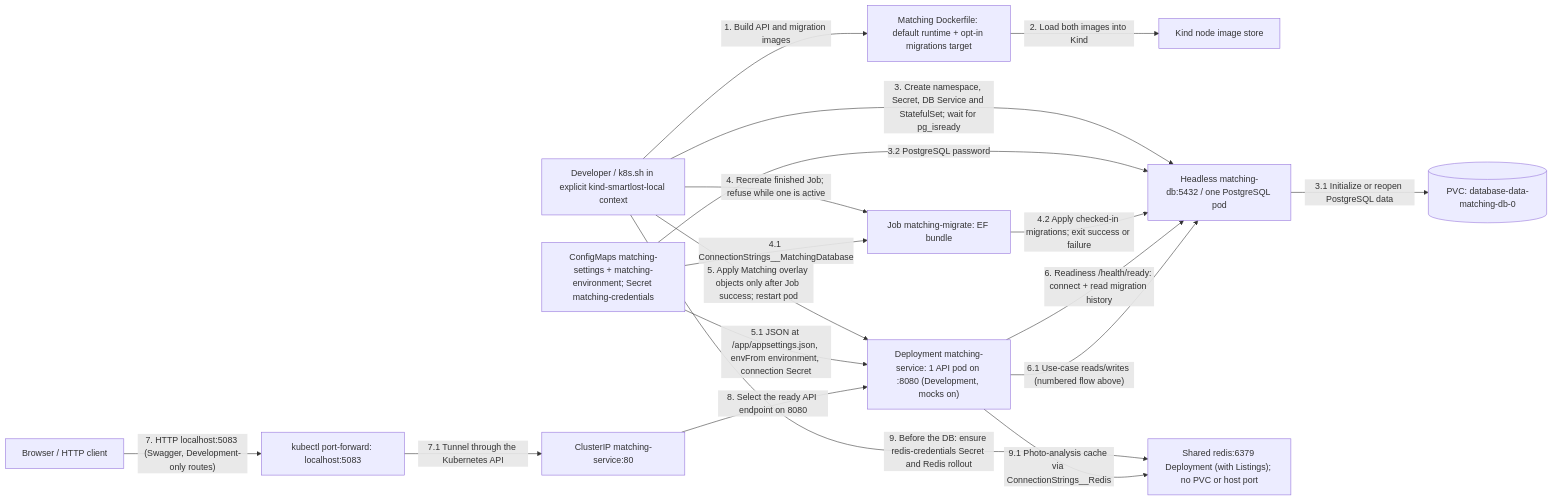
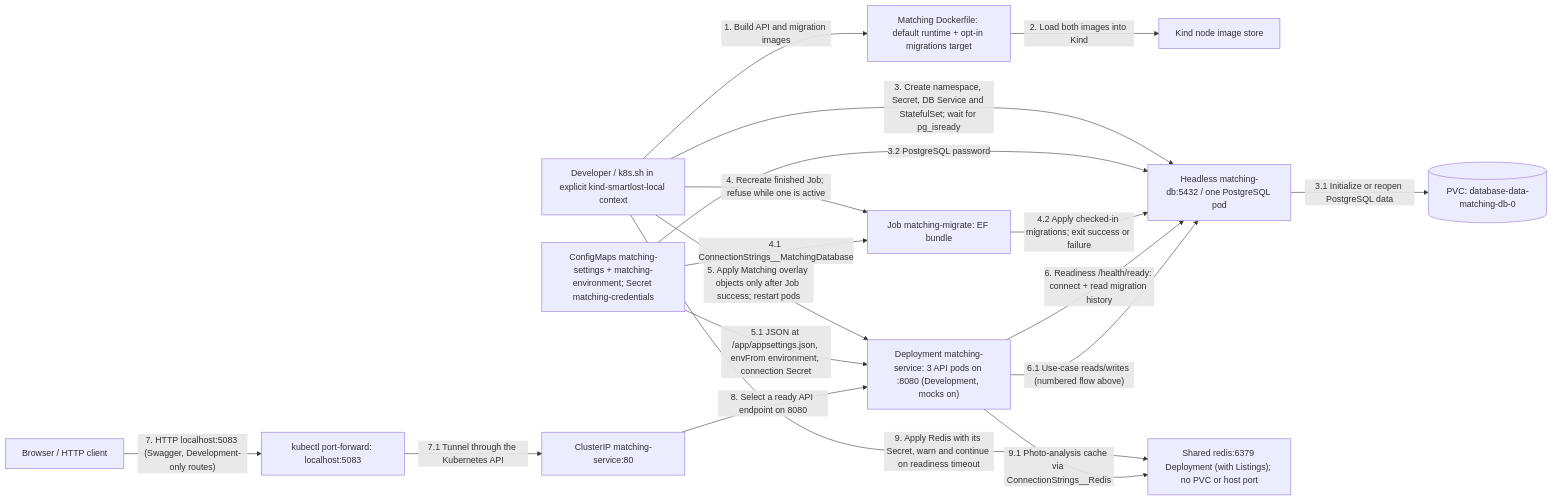
The second of 3 diagrams in src/Services/Matching/COMMUNICATION.md (bogdan-spilevoi/ASET-master-year-1), drawn with Mermaid before and after one commit. The commit also changed other lines of this file and 7 other files, not shown here.

First line of the commit message:
Scale Matching and tolerate Redis delays

````diff
--- a/src/Services/Matching/COMMUNICATION.md
+++ b/src/Services/Matching/COMMUNICATION.md
@@ -105,32 +104,32 @@
 ```mermaid
 flowchart LR
     Operator["Developer / k8s.sh in explicit kind-smartlost-local context"]
     Build["Matching Dockerfile: default runtime + opt-in migrations target"]
     Images["Kind node image store"]
     Config["ConfigMaps matching-settings + matching-environment; Secret matching-credentials"]
     Database["Headless matching-db:5432 / one PostgreSQL pod"]
     Storage[("PVC: database-data-matching-db-0")]
     Migration["Job matching-migrate: EF bundle"]
-    Pod["Deployment matching-service: 1 API pod on :8080 (Development, mocks on)"]
+    Pod["Deployment matching-service: 3 API pods on :8080 (Development, mocks on)"]
     Service["ClusterIP matching-service:80"]
     Forward["kubectl port-forward: localhost:5083"]
     Client["Browser / HTTP client"]
     Operator -->|"1. Build API and migration images"| Build
     Build -->|"2. Load both images into Kind"| Images
     Operator -->|"3. Create namespace, Secret, DB Service and StatefulSet; wait for pg_isready"| Database
     Database -->|"3.1 Initialize or reopen PostgreSQL data"| Storage
     Config -->|"3.2 PostgreSQL password"| Database
     Operator -->|"4. Recreate finished Job; refuse while one is active"| Migration
     Config -->|"4.1 ConnectionStrings__MatchingDatabase"| Migration
     Migration -->|"4.2 Apply checked-in migrations; exit success or failure"| Database
-    Operator -->|"5. Apply Matching overlay objects only after Job success; restart pod"| Pod
+    Operator -->|"5. Apply Matching overlay objects only after Job success; restart pods"| Pod
     Config -->|"5.1 JSON at /app/appsettings.json, envFrom environment, connection Secret"| Pod
     Pod -->|"6. Readiness /health/ready: connect + read migration history"| Database
     Pod -->|"6.1 Use-case reads/writes (numbered flow above)"| Database
     Client -->|"7. HTTP localhost:5083 (Swagger, Development-only routes)"| Forward
     Forward -->|"7.1 Tunnel through the Kubernetes API"| Service
-    Service -->|"8. Select the ready API endpoint on 8080"| Pod
+    Service -->|"8. Select a ready API endpoint on 8080"| Pod
     Redis["Shared redis:6379 Deployment (with Listings); no PVC or host port"]
-    Operator -->|"9. Before the DB: ensure redis-credentials Secret and Redis rollout"| Redis
+    Operator -->|"9. Apply Redis with its Secret, warn and continue on readiness timeout"| Redis
     Pod -->|"9.1 Photo-analysis cache via ConnectionStrings__Redis"| Redis
 ```
````
